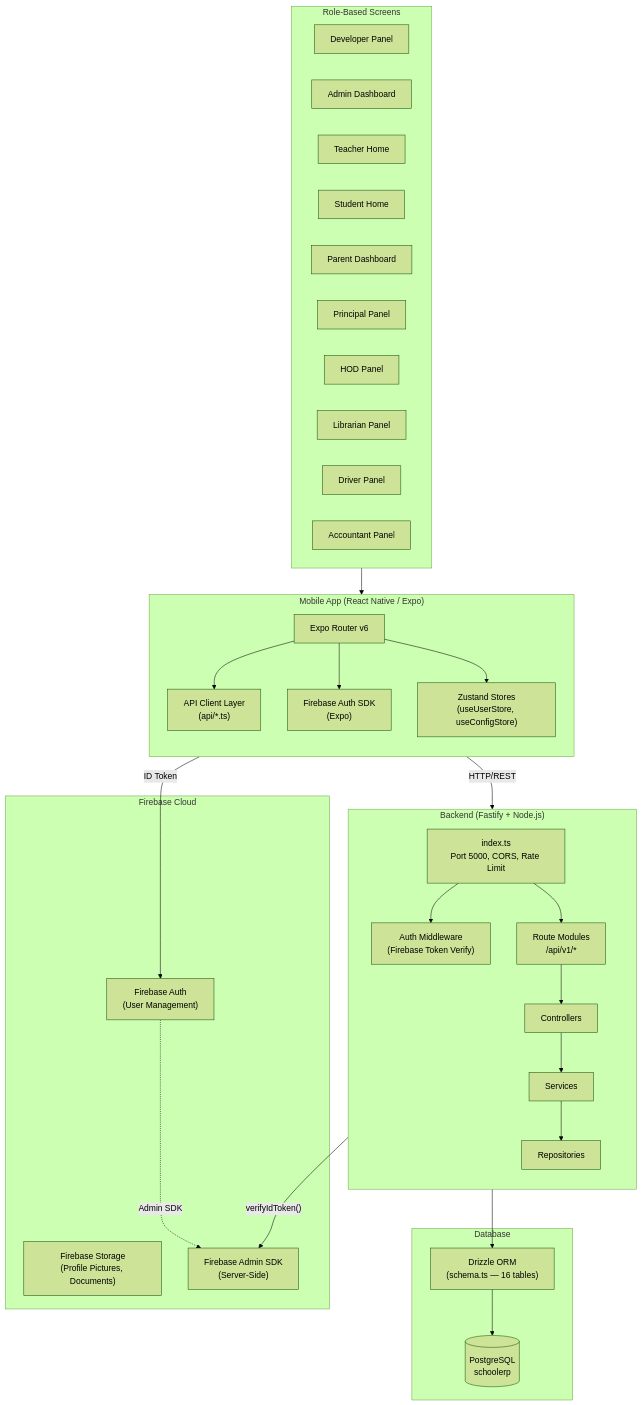
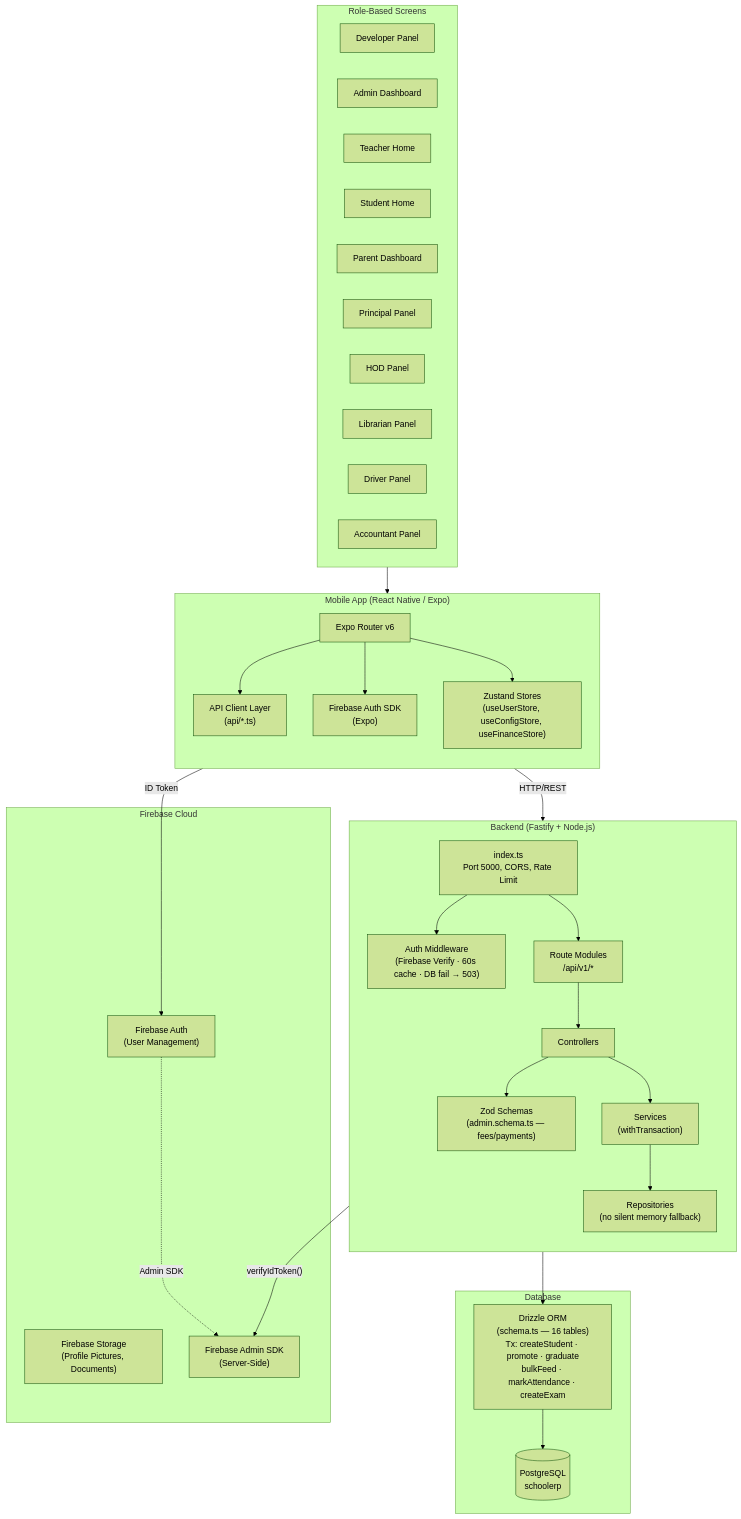
Before and after one commit to schoolsolutionfound/schoolerpsystem: the first of 15 diagrams in ARCHITECTURE.md, drawn with Mermaid (forest theme). The commit also changed other lines of this file and 186 other files, not shown here.

````diff
--- a/ARCHITECTURE.md
+++ b/ARCHITECTURE.md
@@ -9,60 +11,62 @@
 ```mermaid
 graph TB
     subgraph Client["Mobile App (React Native / Expo)"]
         direction TB
         APP["Expo Router v6"]
-        STATE["Zustand Stores<br/>(useUserStore, useConfigStore)"]
+        STATE["Zustand Stores<br/>(useUserStore, useConfigStore, useFinanceStore)"]
         API["API Client Layer<br/>(api/*.ts)"]
         FIREBASE_SDK["Firebase Auth SDK<br/>(Expo)"]
     end
 
     subgraph Roles["Role-Based Screens"]
         DEV["Developer Panel"]
         ADMIN["Admin Dashboard"]
         TEACHER["Teacher Home"]
         STUDENT["Student Home"]
         PARENT["Parent Dashboard"]
         PRINCIPAL["Principal Panel"]
         HOD["HOD Panel"]
         LIBRARIAN["Librarian Panel"]
         DRIVER["Driver Panel"]
         ACCOUNTANT["Accountant Panel"]
     end
 
     subgraph Server["Backend (Fastify + Node.js)"]
         direction TB
         ENTRY["index.ts<br/>Port 5000, CORS, Rate Limit"]
-        AUTH_MW["Auth Middleware<br/>(Firebase Token Verify)"]
+        AUTH_MW["Auth Middleware<br/>(Firebase Verify · 60s cache · DB fail → 503)"]
         ROUTES["Route Modules<br/>/api/v1/*"]
         CTRL["Controllers"]
-        SVC["Services"]
-        REPO["Repositories"]
+        ZOD["Zod Schemas<br/>(admin.schema.ts — fees/payments)"]
+        SVC["Services<br/>(withTransaction)"]
+        REPO["Repositories<br/>(no silent memory fallback)"]
     end
 
     subgraph DB["Database"]
         PG[("PostgreSQL<br/>schoolerp")]
-        DRIZZLE["Drizzle ORM<br/>(schema.ts — 16 tables)"]
+        DRIZZLE["Drizzle ORM<br/>(schema.ts — 16 tables)<br/>Tx: createStudent · promote · graduate<br/>bulkFeed · markAttendance · createExam"]
     end
 
     subgraph Firebase["Firebase Cloud"]
         FAUTH["Firebase Auth<br/>(User Management)"]
         FSTORE["Firebase Storage<br/>(Profile Pictures, Documents)"]
         FADMIN["Firebase Admin SDK<br/>(Server-Side)"]
     end
 
     APP --> API
     APP --> FIREBASE_SDK
     APP --> STATE
     Roles --> APP
     API -->|"HTTP/REST"| ENTRY
     FIREBASE_SDK -->|"ID Token"| FAUTH
     ENTRY --> AUTH_MW
     AUTH_MW -->|"verifyIdToken()"| FADMIN
     ENTRY --> ROUTES
     ROUTES --> CTRL
+    CTRL --> ZOD
     CTRL --> SVC
     SVC --> REPO
     REPO --> DRIZZLE
     DRIZZLE --> PG
     FAUTH -.->|"Admin SDK"| FADMIN
 ```
````
